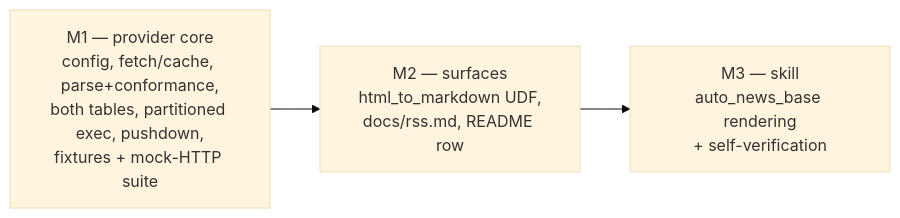
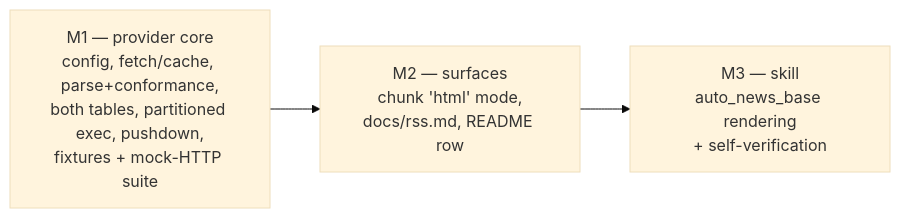
One commit to SkardiLabs/skardi changed the fifth of 5 diagrams in docs/superpowers/specs/2026-07-22-rss-feed-support-design-v2.md. Above: the diagram before and after it, drawn with Mermaid (base theme). The commit also changed other lines of this file, not shown here.

First line of the commit message:
docs(spec): fold HTML→Markdown into chunk('html') mode instead of a UDF

````diff
--- a/docs/superpowers/specs/2026-07-22-rss-feed-support-design-v2.md
+++ b/docs/superpowers/specs/2026-07-22-rss-feed-support-design-v2.md
@@ -426,7 +423,7 @@
 ```mermaid
 flowchart LR
     M1["M1 — provider core<br/>config, fetch/cache, parse+conformance,<br/>both tables, partitioned exec, pushdown,<br/>fixtures + mock-HTTP suite"]
-    M2["M2 — surfaces<br/>html_to_markdown UDF,<br/>docs/rss.md, README row"]
+    M2["M2 — surfaces<br/>chunk 'html' mode,<br/>docs/rss.md, README row"]
     M3["M3 — skill<br/>auto_news_base rendering<br/>+ self-verification"]
     M1 --> M2 --> M3
 ```
````
